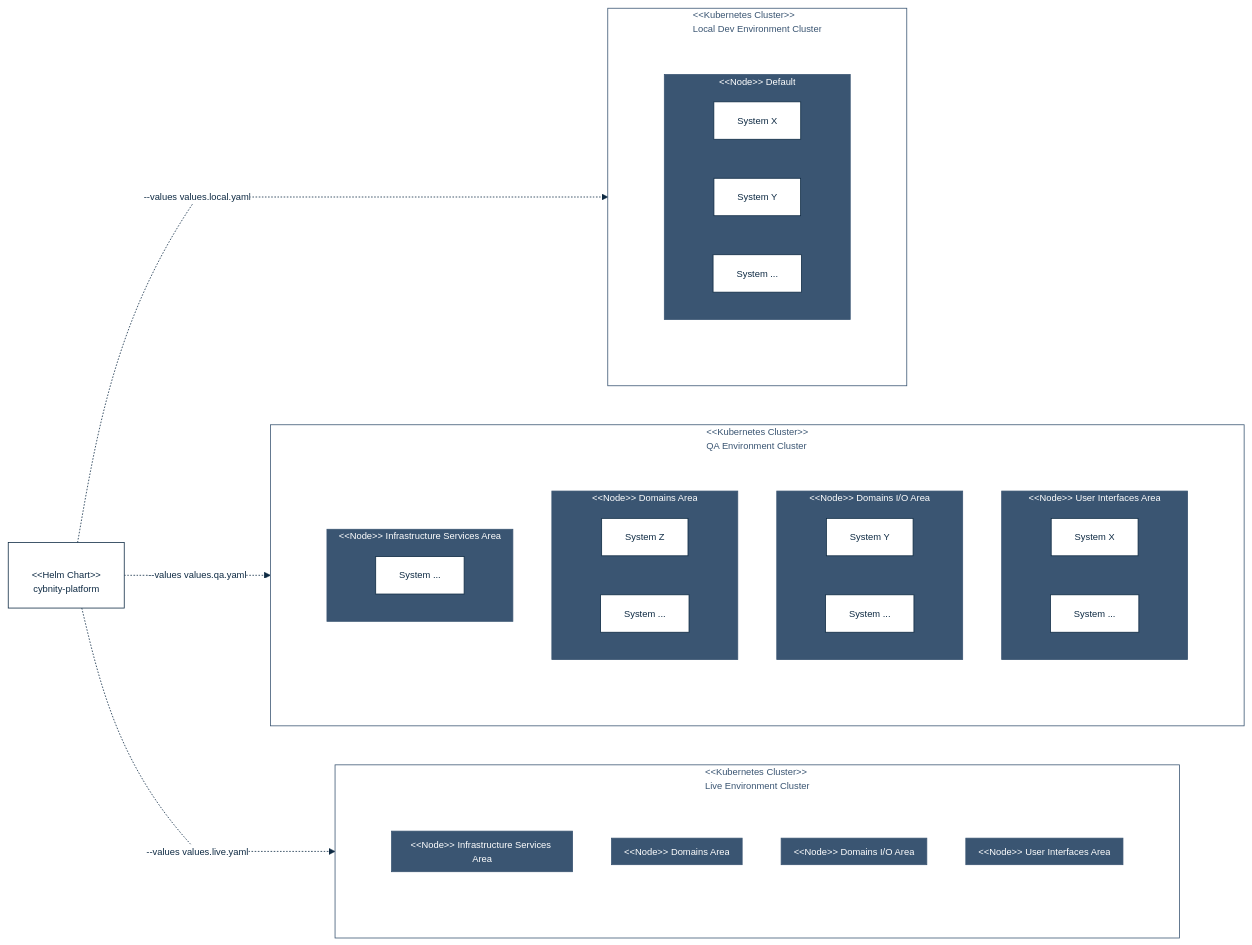
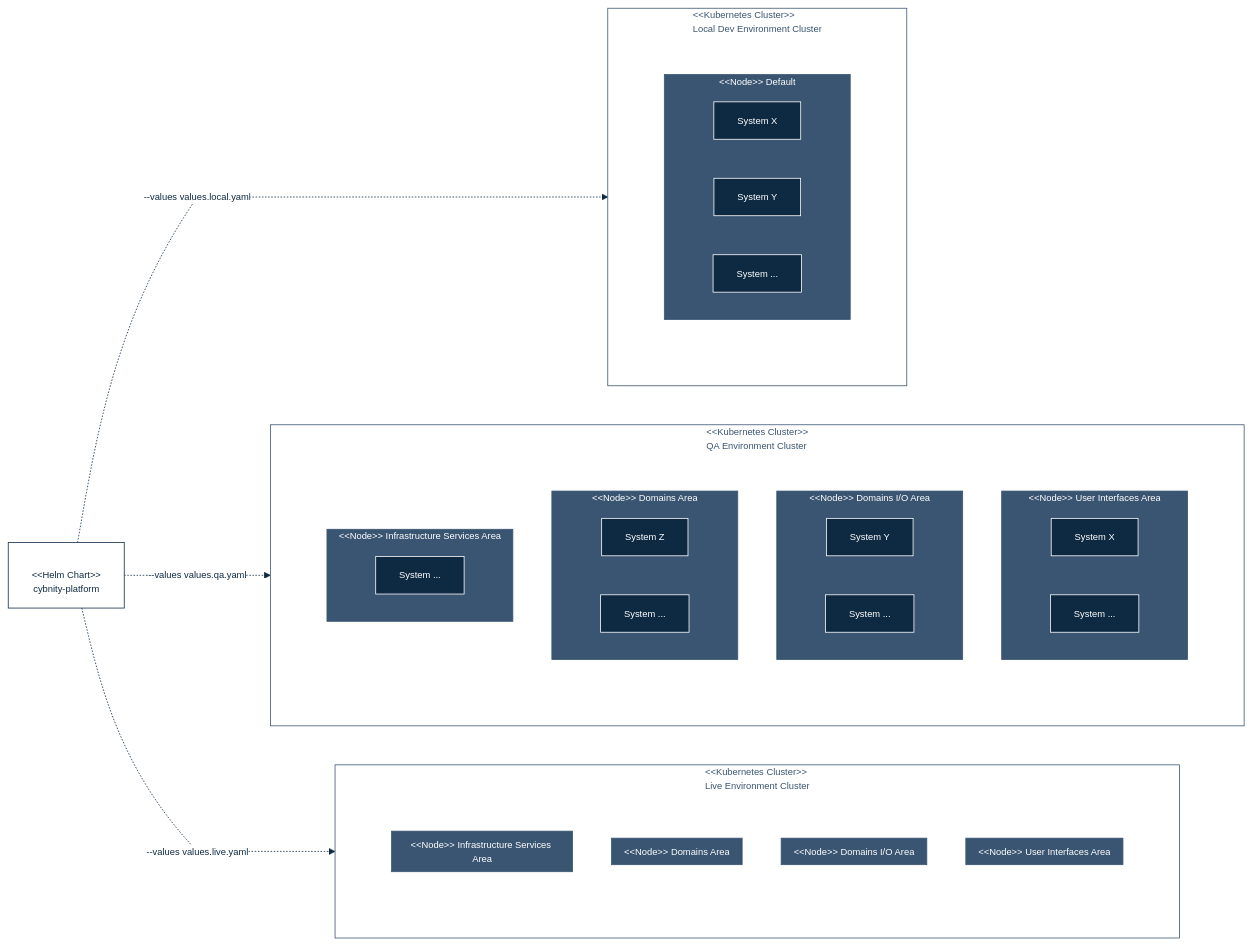
One commit to doneisgood/iac-helm-charts changed the first of 2 diagrams in cybnity-platform/README.md. Above: the diagram before and after it, drawn with Mermaid. The commit also changed other lines of this file, not shown here.

````diff
--- a/cybnity-platform/README.md
+++ b/cybnity-platform/README.md
@@ -162,7 +162,9 @@
 
   classDef medium fill:#fff, stroke:#3a5572, color:#3a5572
   classDef mediumfill fill:#3a5572, stroke:#3a5572, color:#fff
+  classDef dark fill:#0e2a43, stroke:#fff, color:#fff
   class clusterlocal,clusterqa,clusterprod medium;
   class is3,da3,dio3,ui3,is2,da2,dio2,ui2,unique1 mediumfill;
+  class systemx,systemy,systemz,systemx2,systemx2next,systemy2,systemy2next,systemz2,systemz2next,systems2 dark;
 
 ```
````
